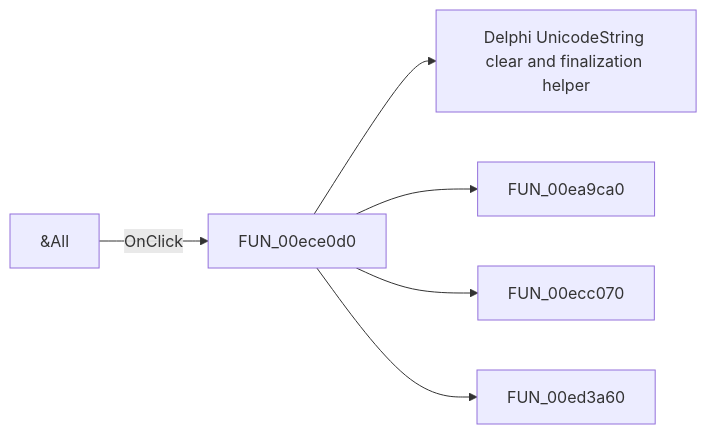
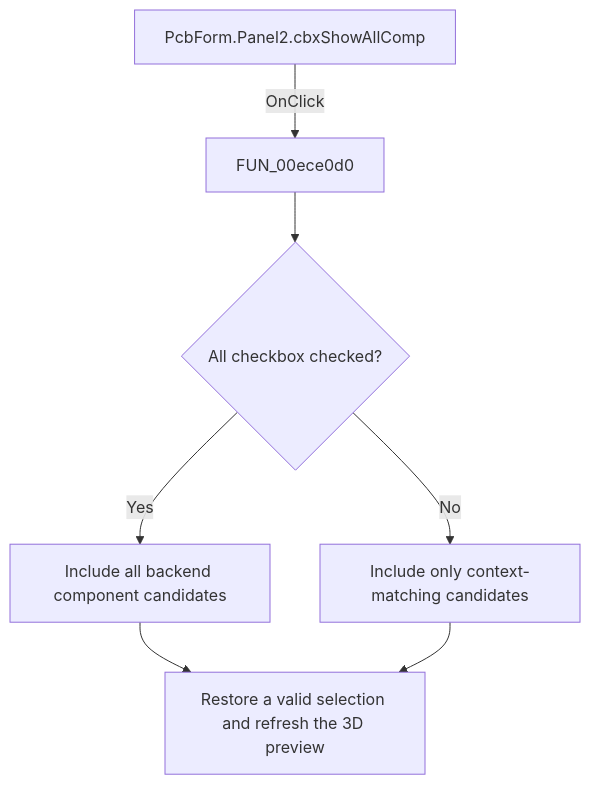
The diagram in docs/ui-controls/pcbform/cbxshowallcomp-055dd5da79.md (MovGP0/TIARA), drawn with Mermaid before and after one commit. The commit also changed other lines of this file and 1062 other files, not shown here.

````diff
--- a/docs/ui-controls/pcbform/cbxshowallcomp-055dd5da79.md
+++ b/docs/ui-controls/pcbform/cbxshowallcomp-055dd5da79.md
@@ -27,8 +29,9 @@
 ```mermaid
-flowchart LR
-    control["&All"] -->|OnClick| handler["FUN_00ece0d0"]
-    handler --> call1["Delphi UnicodeString clear and finalization helper"]
-    handler --> call2["FUN_00ea9ca0"]
-    handler --> call3["FUN_00ecc070"]
-    handler --> call4["FUN_00ed3a60"]
+flowchart TD
+    control["PcbForm.Panel2.cbxShowAllComp"] -->|OnClick| handler["FUN_00ece0d0"]
+    handler --> decision{"All checkbox checked?"}
+    decision -->|Yes| action["Include all backend component candidates"]
+    decision -->|No| noop["Include only context-matching candidates"]
+    action --> outcome["Restore a valid selection and refresh the 3D preview"]
+    noop --> outcome
 ```
````
